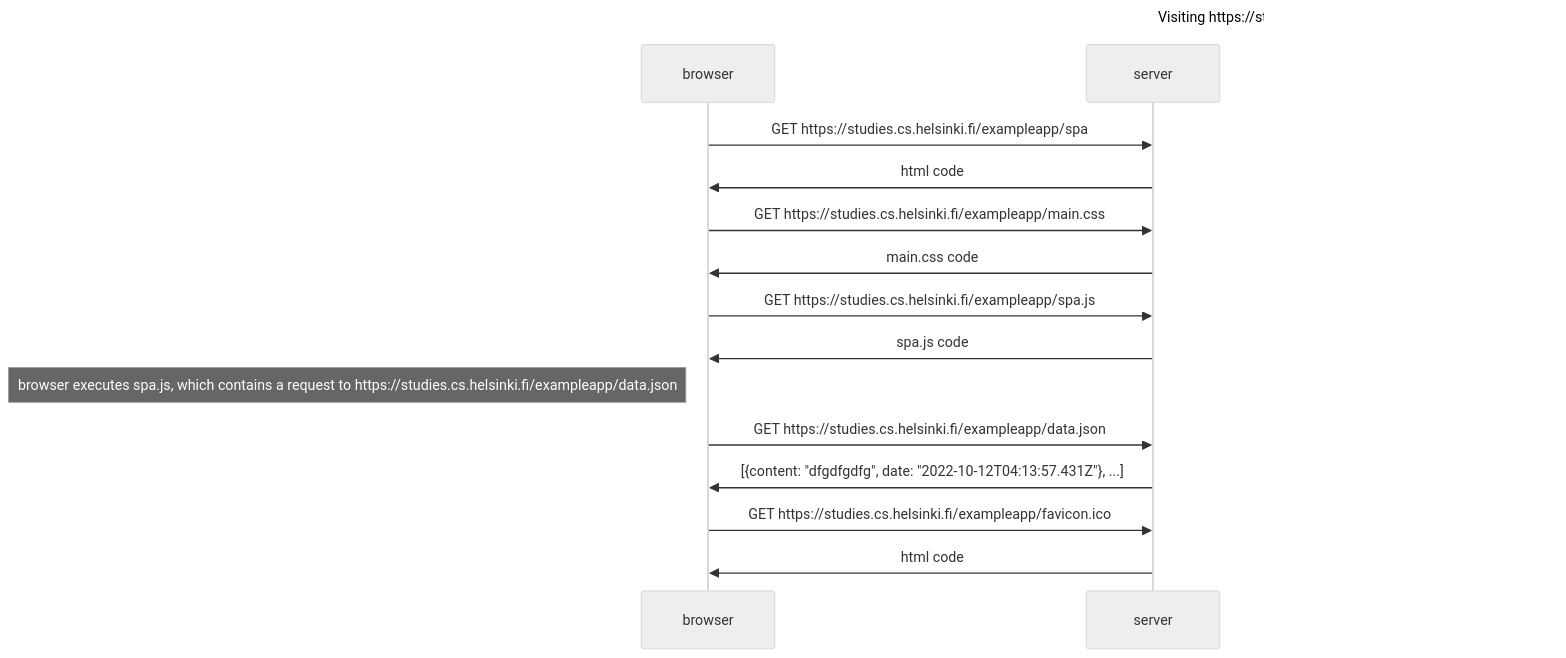
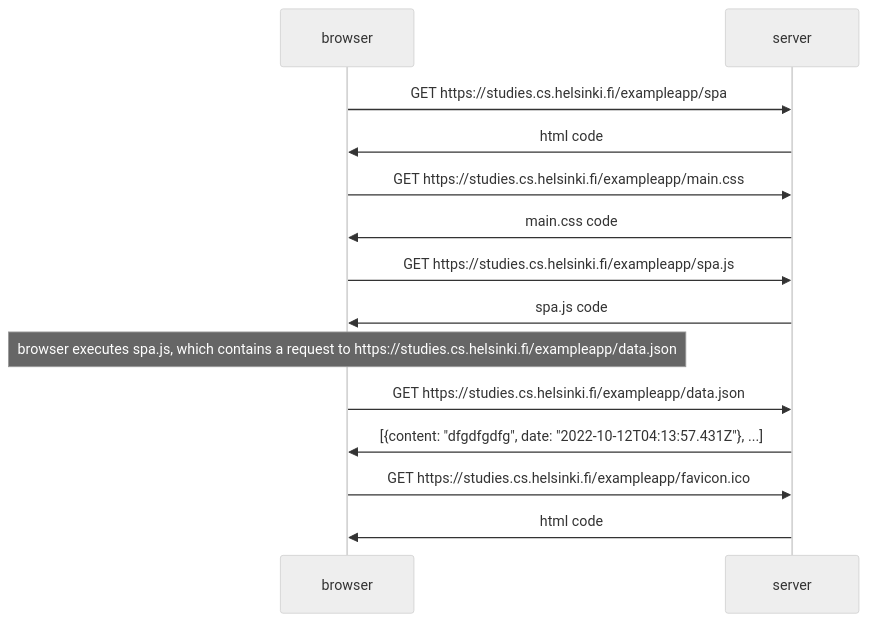
One commit to debaycisse/fullstack-uni-helsinki changed the diagram in part0/excercise_0.5.md. Above: the diagram before and after it, drawn with Mermaid (neutral theme). The commit also changed other lines of this file and 1 other file, not shown here.

Commit message:
done with part0 exercise

````diff
--- a/part0/excercise_0.5.md
+++ b/part0/excercise_0.5.md
@@ -24,21 +23,20 @@
 ```mermaid
 sequenceDiagram
-title: Visiting https://studies.cs.helsinki.fi/exampleapp/spa - part 0.5
 
 browser->>server: GET https://studies.cs.helsinki.fi/exampleapp/spa
 server->>browser: html code
 
 browser->>server: GET https://studies.cs.helsinki.fi/exampleapp/main.css
 server->>browser: main.css code
 
 
 browser->>server: GET https://studies.cs.helsinki.fi/exampleapp/spa.js
 server->>browser: spa.js code
-Note left of browser: browser executes spa.js, which contains a request to https://studies.cs.helsinki.fi/exampleapp/data.json
+Note over browser: browser executes spa.js, which contains a request to https://studies.cs.helsinki.fi/exampleapp/data.json
 
 browser->>server: GET https://studies.cs.helsinki.fi/exampleapp/data.json
 server->>browser: [{content: "dfgdfgdfg", date: "2022-10-12T04:13:57.431Z"}, ...]
 
 browser->>server: GET https://studies.cs.helsinki.fi/exampleapp/favicon.ico
 server->>browser: html code
 ```
````
